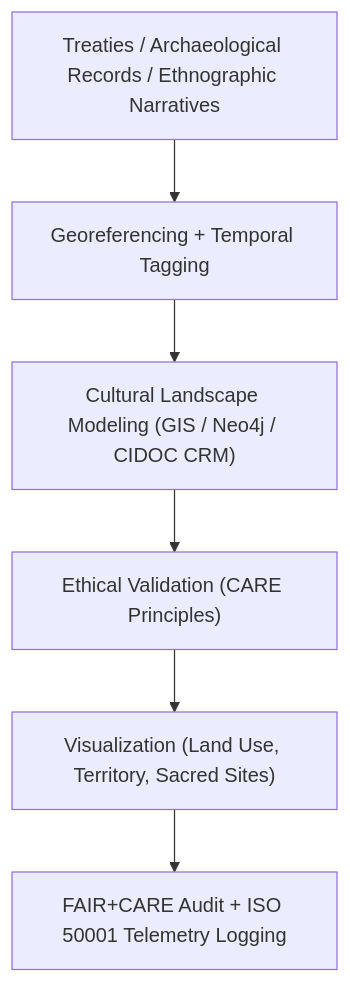
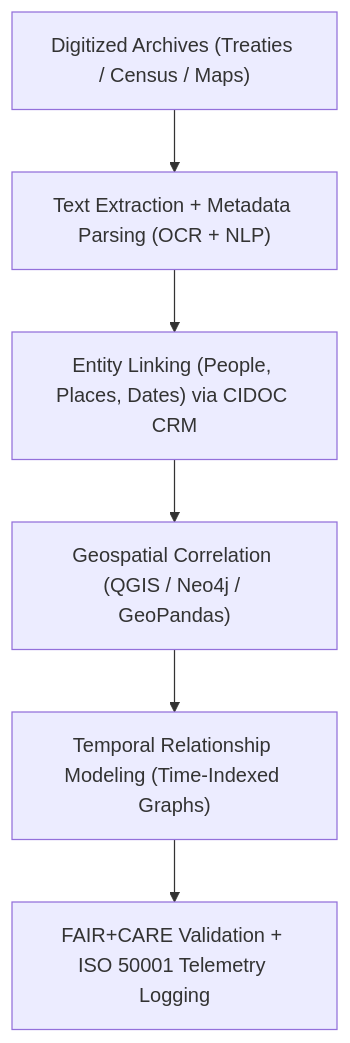
Before and after one commit to bartytime4life/Kansas-Frontier-Matrix: the diagram in docs/analyses/historical/cultural-landscapes.md, drawn with Mermaid. The commit also changed other lines of this file, not shown here.

Commit message:
Update cultural landscapes document to archival correlation

````diff
--- a/docs/analyses/historical/cultural-landscapes.md
+++ b/docs/analyses/historical/cultural-landscapes.md
@@ -57,8 +147,9 @@
 ```mermaid
 flowchart TD
-  A["Treaties / Archaeological Records / Ethnographic Narratives"] --> B["Georeferencing + Temporal Tagging"]
-  B --> C["Cultural Landscape Modeling (GIS / Neo4j / CIDOC CRM)"]
-  C --> D["Ethical Validation (CARE Principles)"]
-  D --> E["Visualization (Land Use, Territory, Sacred Sites)"]
-  E --> F["FAIR+CARE Audit + ISO 50001 Telemetry Logging"]
+  A["Digitized Archives (Treaties / Census / Maps)"]
+    --> B["Text Extraction + Metadata Parsing (OCR + NLP)"]
+  B --> C["Entity Linking (People, Places, Dates) via CIDOC CRM"]
+  C --> D["Geospatial Correlation (QGIS / Neo4j / GeoPandas)"]
+  D --> E["Temporal Relationship Modeling (Time-Indexed Graphs)"]
+  E --> F["FAIR+CARE Validation + ISO 50001 Telemetry Logging"]
 ```
````
